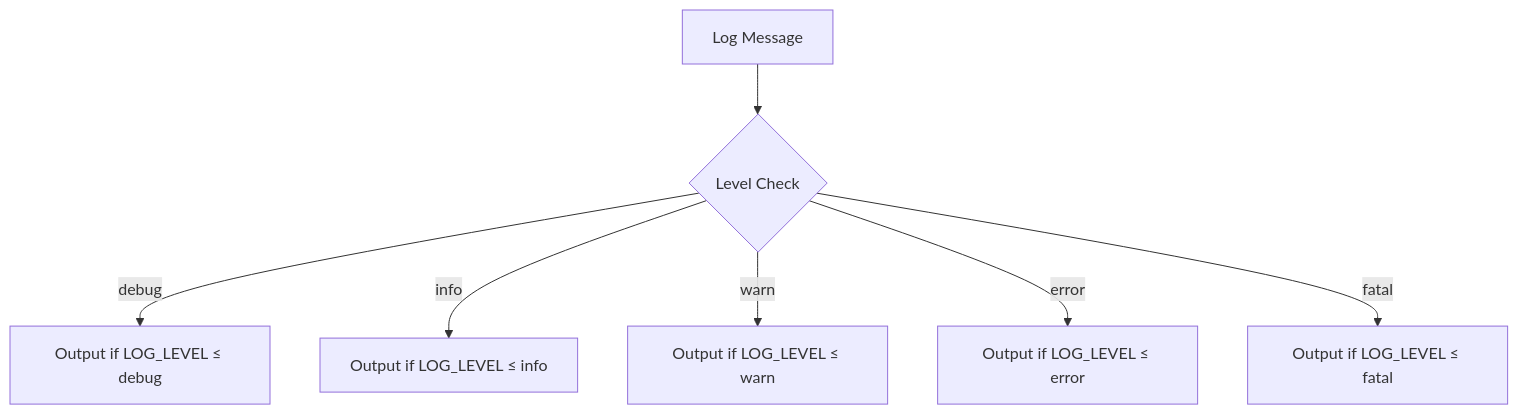
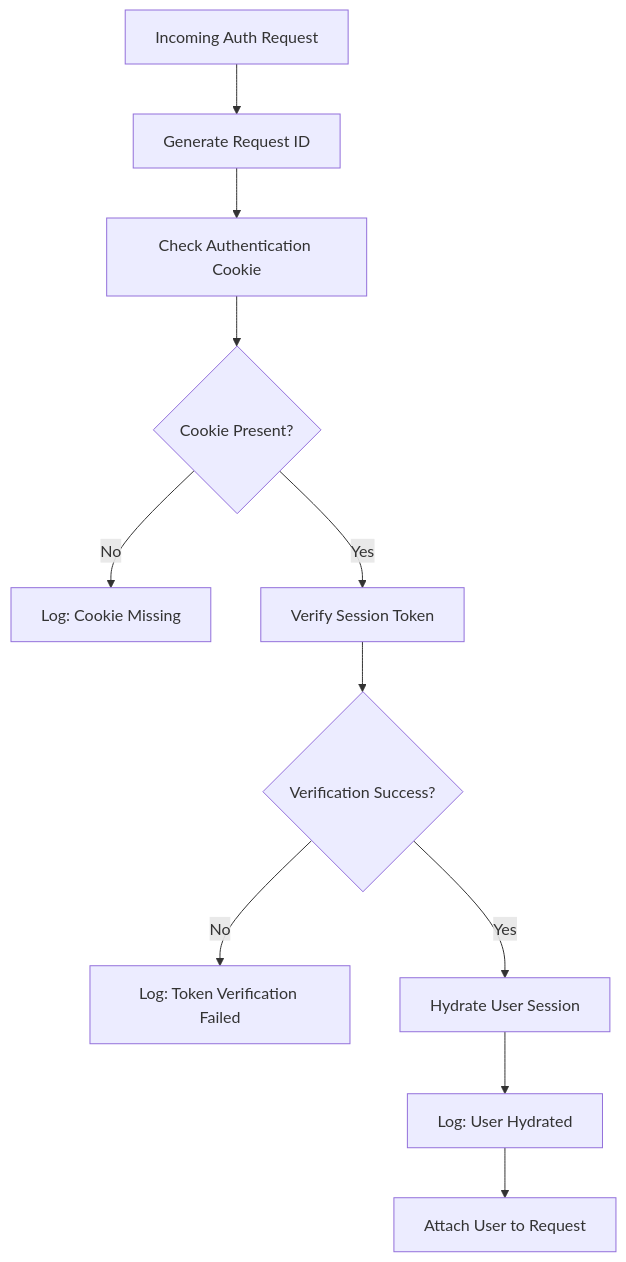
Before and after one commit to GurthBro0ks/slimy-monorepo: the seventh of 9 diagrams in .qoder/repowiki/en/content/Monitoring and Observability/Logging Strategy.md, drawn with Mermaid. The commit also changed other lines of this file and 87 other files, not shown here.

````diff
--- a/.qoder/repowiki/en/content/Monitoring and Observability/Logging Strategy.md
+++ b/.qoder/repowiki/en/content/Monitoring and Observability/Logging Strategy.md
@@ -92,9 +283,13 @@
 ```mermaid
 flowchart TD
-A[Log Message] --> B{Level Check}
-B --> |debug| C[Output if LOG_LEVEL ≤ debug]
-B --> |info| D[Output if LOG_LEVEL ≤ info]
-B --> |warn| E[Output if LOG_LEVEL ≤ warn]
-B --> |error| F[Output if LOG_LEVEL ≤ error]
-B --> |fatal| G[Output if LOG_LEVEL ≤ fatal]
+A[Incoming Auth Request] --> B[Generate Request ID]
+B --> C[Check Authentication Cookie]
+C --> D{Cookie Present?}
+D --> |No| E[Log: Cookie Missing]
+D --> |Yes| F[Verify Session Token]
+F --> G{Verification Success?}
+G --> |No| H[Log: Token Verification Failed]
+G --> |Yes| I[Hydrate User Session]
+I --> J[Log: User Hydrated]
+J --> K[Attach User to Request]
 ```
````
